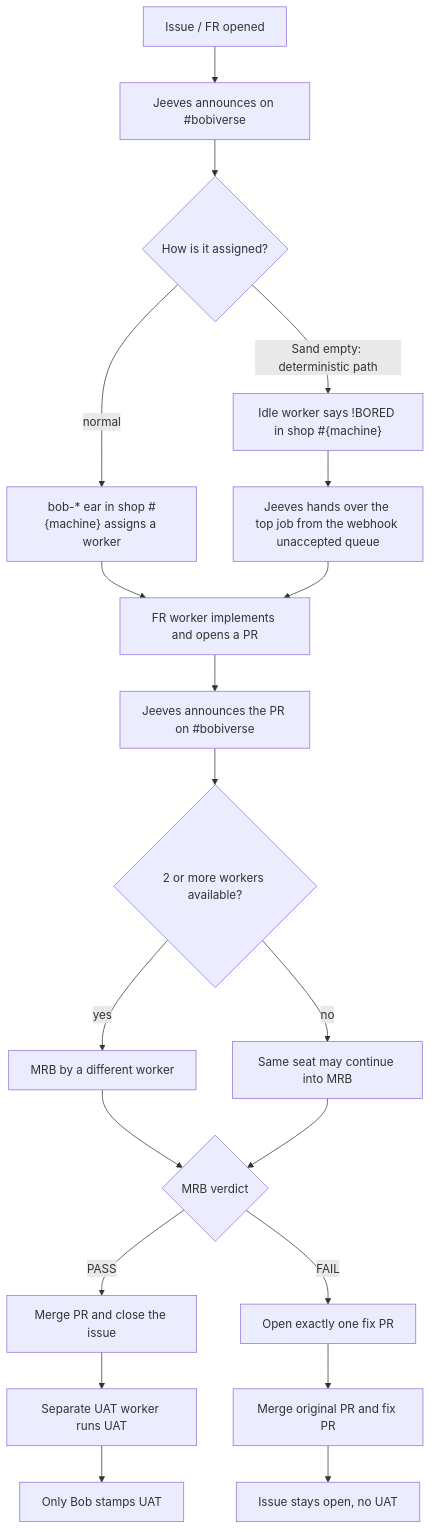
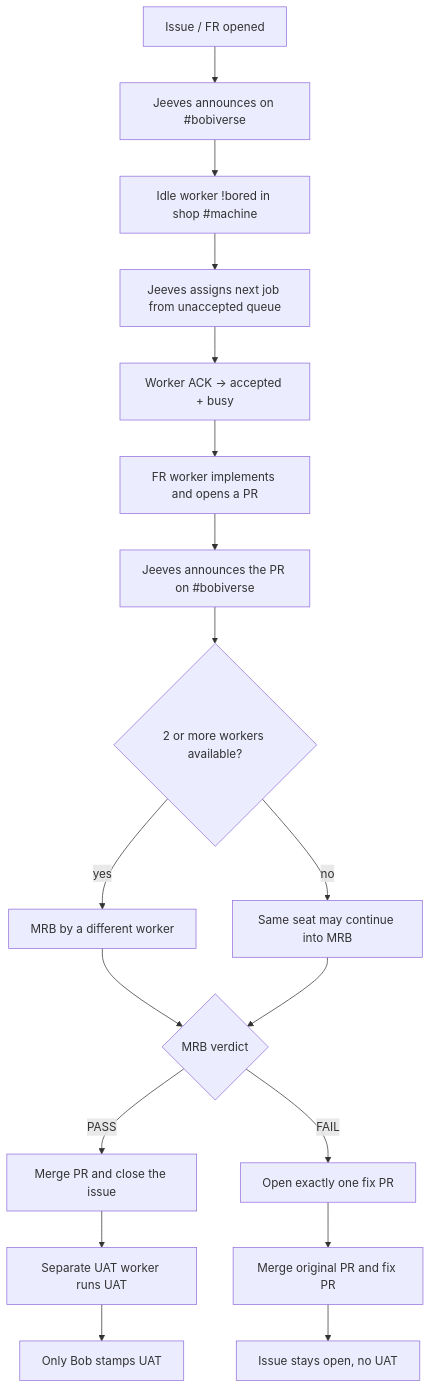
The fifth of 5 diagrams in README.md (SimonBarnett/agentic_build), drawn with Mermaid before and after one commit. The commit also changed other lines of this file and 3 other files, not shown here.

First line of the commit message:
docs(K10): Jeeves assigns on !bored (align with gh-Jeeves FR #106)

````diff
--- a/README.md
+++ b/README.md
@@ -200,22 +200,20 @@
 ```mermaid
 flowchart TD
   A["Issue / FR opened"] --> B["Jeeves announces on #bobiverse"]
-  B --> C{"How is it assigned?"}
-  C -->|"normal"| D["bob-* ear in shop #{machine} assigns a worker"]
-  C -->|"Sand empty: deterministic path"| E["Idle worker says !BORED in shop #{machine}"]
-  E --> F["Jeeves hands over the top job from the webhook unaccepted queue"]
-  D --> G["FR worker implements and opens a PR"]
-  F --> G
-  G --> H["Jeeves announces the PR on #bobiverse"]
-  H --> I{"2 or more workers available?"}
-  I -->|yes| J["MRB by a different worker"]
-  I -->|no| K["Same seat may continue into MRB"]
-  J --> L{"MRB verdict"}
-  K --> L
-  L -->|PASS| M["Merge PR and close the issue"]
-  M --> N["Separate UAT worker runs UAT"]
-  N --> O["Only Bob stamps UAT"]
-  L -->|FAIL| P["Open exactly one fix PR"]
-  P --> Q["Merge original PR and fix PR"]
-  Q --> R["Issue stays open, no UAT"]
+  B --> C["Idle worker !bored in shop #machine"]
+  C --> D["Jeeves assigns next job from unaccepted queue"]
+  D --> E["Worker ACK → accepted + busy"]
+  E --> F["FR worker implements and opens a PR"]
+  F --> G["Jeeves announces the PR on #bobiverse"]
+  G --> H{"2 or more workers available?"}
+  H -->|yes| I["MRB by a different worker"]
+  H -->|no| J["Same seat may continue into MRB"]
+  I --> K{"MRB verdict"}
+  J --> K
+  K -->|PASS| L["Merge PR and close the issue"]
+  L --> M["Separate UAT worker runs UAT"]
+  M --> N["Only Bob stamps UAT"]
+  K -->|FAIL| O["Open exactly one fix PR"]
+  O --> P["Merge original PR and fix PR"]
+  P --> Q["Issue stays open, no UAT"]
 ```
````
